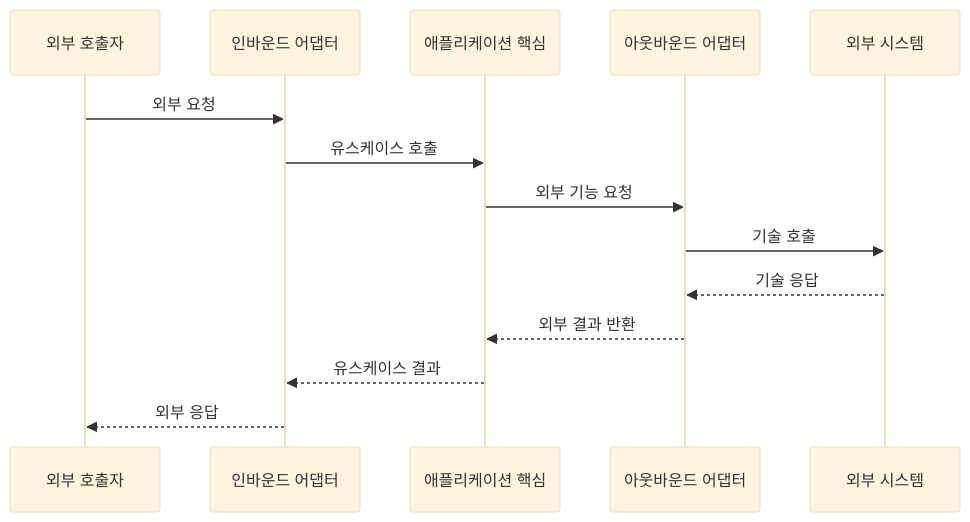
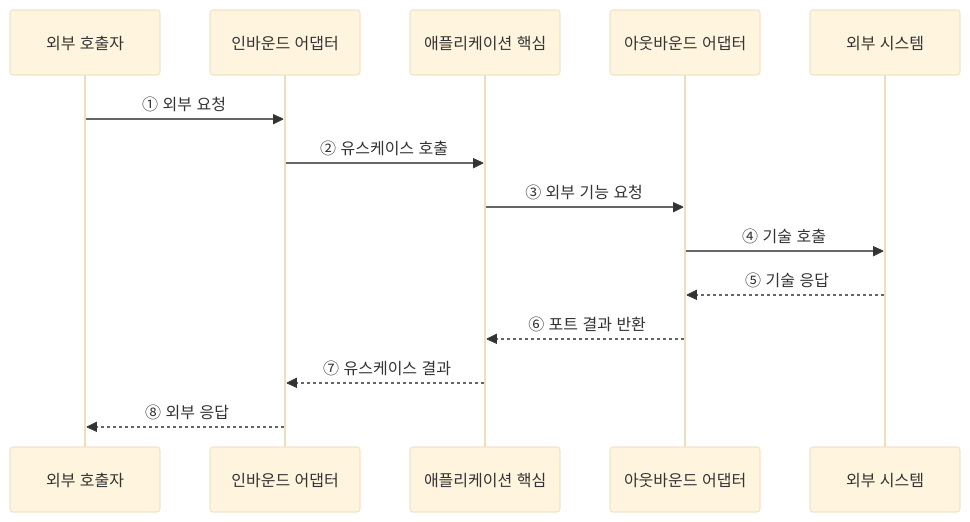
One commit to agnusdei1207/knowledge-base changed the second of 2 diagrams in src/content/docs/notes/03-software/048_hexagonal_architecture.md. Above: the diagram before and after it, drawn with Mermaid (base theme). The commit also changed other lines of this file and 20 other files, not shown here.

````diff
--- a/src/content/docs/notes/03-software/048_hexagonal_architecture.md
+++ b/src/content/docs/notes/03-software/048_hexagonal_architecture.md
@@ -94,16 +84,16 @@
 ```mermaid
 sequenceDiagram
     participant U as 외부 호출자
     participant I as 인바운드 어댑터
     participant C as 애플리케이션 핵심
     participant O as 아웃바운드 어댑터
     participant E as 외부 시스템
-    U->>I: 외부 요청
-    I->>C: 유스케이스 호출
-    C->>O: 외부 기능 요청
-    O->>E: 기술 호출
-    E-->>O: 기술 응답
-    O-->>C: 외부 결과 반환
-    C-->>I: 유스케이스 결과
-    I-->>U: 외부 응답
+    U->>I: ① 외부 요청
+    I->>C: ② 유스케이스 호출
+    C->>O: ③ 외부 기능 요청
+    O->>E: ④ 기술 호출
+    E-->>O: ⑤ 기술 응답
+    O-->>C: ⑥ 포트 결과 반환
+    C-->>I: ⑦ 유스케이스 결과
+    I-->>U: ⑧ 외부 응답
 ```
````
